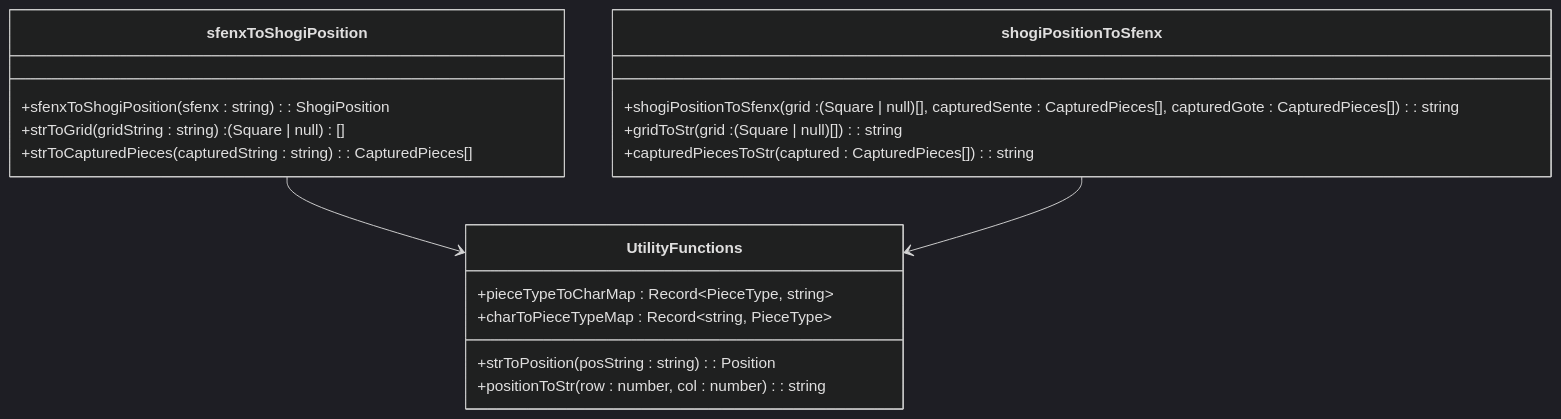
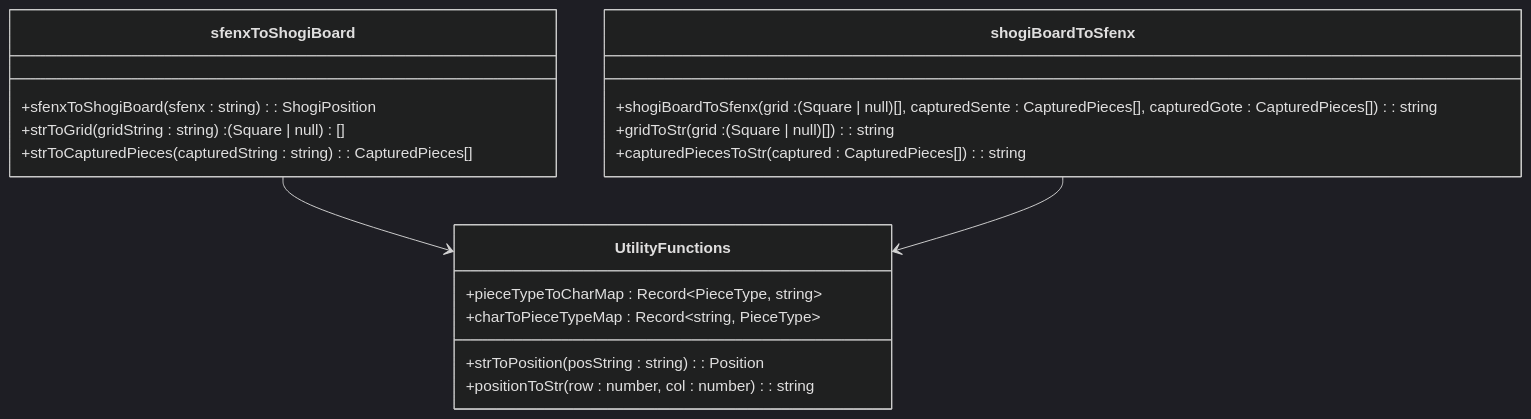
Before and after one commit to hashiryo/SvelteShogi: the third of 5 diagrams in .qoder/repowiki/ja/content/Domain Logic/Domain Logic.md, drawn with Mermaid (dark theme). The commit also changed other lines of this file and 17 other files, not shown here.

````diff
--- a/.qoder/repowiki/ja/content/Domain Logic/Domain Logic.md
+++ b/.qoder/repowiki/ja/content/Domain Logic/Domain Logic.md
@@ -149,21 +176,21 @@
 ```mermaid
 classDiagram
-class sfenxToShogiPosition {
-+sfenxToShogiPosition(sfenx : string) : ShogiPosition
+class sfenxToShogiBoard {
++sfenxToShogiBoard(sfenx : string) : ShogiPosition
 +strToGrid(gridString : string) : (Square | null)[]
 +strToCapturedPieces(capturedString : string) : CapturedPieces[]
 }
-class shogiPositionToSfenx {
-+shogiPositionToSfenx(grid : (Square | null)[], capturedSente : CapturedPieces[], capturedGote : CapturedPieces[]) : string
+class shogiBoardToSfenx {
++shogiBoardToSfenx(grid : (Square | null)[], capturedSente : CapturedPieces[], capturedGote : CapturedPieces[]) : string
 +gridToStr(grid : (Square | null)[]) : string
 +capturedPiecesToStr(captured : CapturedPieces[]) : string
 }
 class UtilityFunctions {
 +pieceTypeToCharMap : Record~PieceType, string~
 +charToPieceTypeMap : Record~string, PieceType~
 +strToPosition(posString : string) : Position
 +positionToStr(row : number, col : number) : string
 }
-sfenxToShogiPosition --> UtilityFunctions
-shogiPositionToSfenx --> UtilityFunctions
+sfenxToShogiBoard --> UtilityFunctions
+shogiBoardToSfenx --> UtilityFunctions
 ```
````
